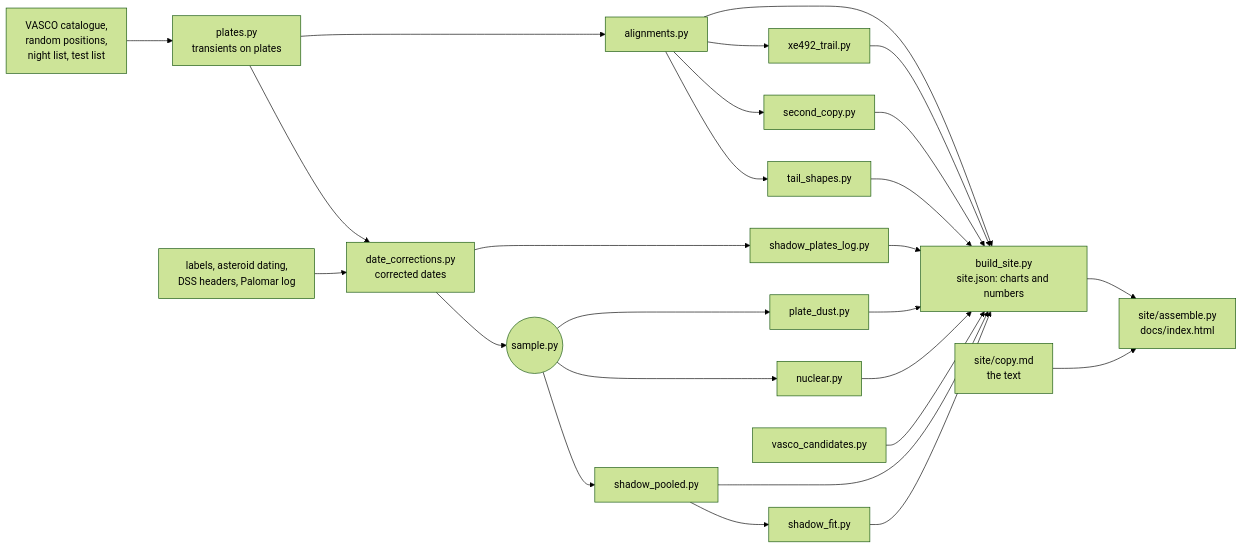
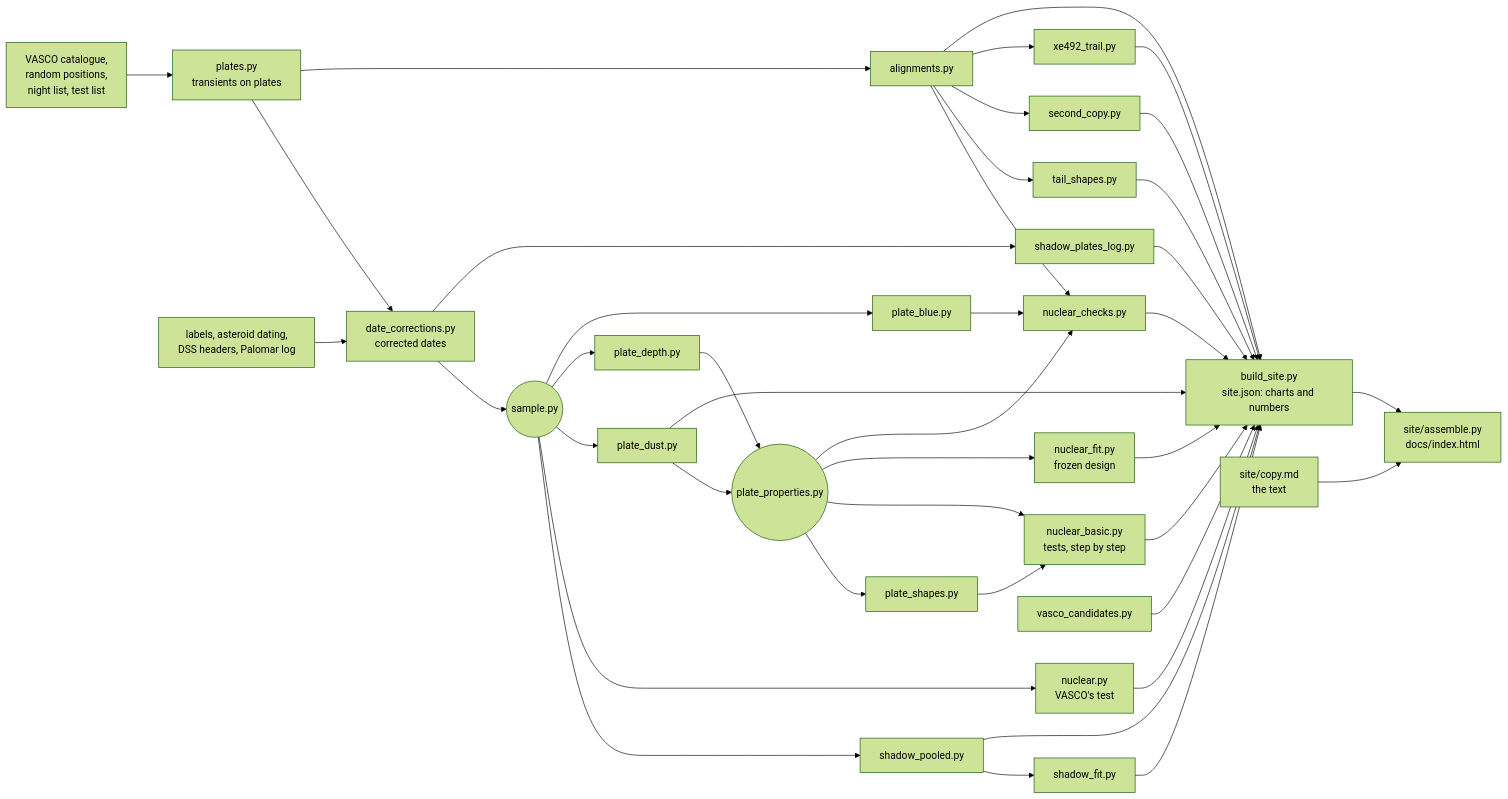
Before and after one commit to donalhill/poss-transients: the diagram in README.md, drawn with Mermaid (forest theme). The commit also changed other lines of this file and 11 other files, not shown here.

Commit message:
Shape test near nuclear tests; cache star fits in tail_shapes

````diff
--- a/README.md
+++ b/README.md
@@ -23,16 +23,21 @@
 ```mermaid
 flowchart LR
   ext[VASCO catalogue,<br>random positions,<br>night list, test list] --> plates[plates.py<br>transients on plates]
   plates --> dates[date_corrections.py<br>corrected dates]
   evidence[labels, asteroid dating,<br>DSS headers, Palomar log] --> dates
   dates --> sample((sample.py))
   sample --> pooled[shadow_pooled.py] --> fit[shadow_fit.py]
-  sample --> nuclear[nuclear.py]
-  sample --> dust[plate_dust.py]
+  sample --> nuclear[nuclear.py<br>VASCO's test]
+  sample --> dust[plate_dust.py] & depth[plate_depth.py] & blue[plate_blue.py]
+  dust & depth --> props((plate_properties.py))
+  props --> pshapes[plate_shapes.py]
+  props & pshapes --> nbasic[nuclear_basic.py<br>tests, step by step]
+  props --> nfit[nuclear_fit.py<br>frozen design]
+  props & blue & align --> nchecks[nuclear_checks.py]
   dates --> south[shadow_plates_log.py]
   plates --> align[alignments.py] --> shapes[tail_shapes.py] & second[second_copy.py] & trail[xe492_trail.py]
   cands[vasco_candidates.py]
-  pooled & fit & nuclear & dust & south & align & shapes & second & trail & cands --> site[build_site.py<br>site.json: charts and numbers]
+  pooled & fit & nuclear & nbasic & nfit & nchecks & dust & south & align & shapes & second & trail & cands --> site[build_site.py<br>site.json: charts and numbers]
   site --> page[site/assemble.py<br>docs/index.html]
   copy[site/copy.md<br>the text] --> page
 ```
````
